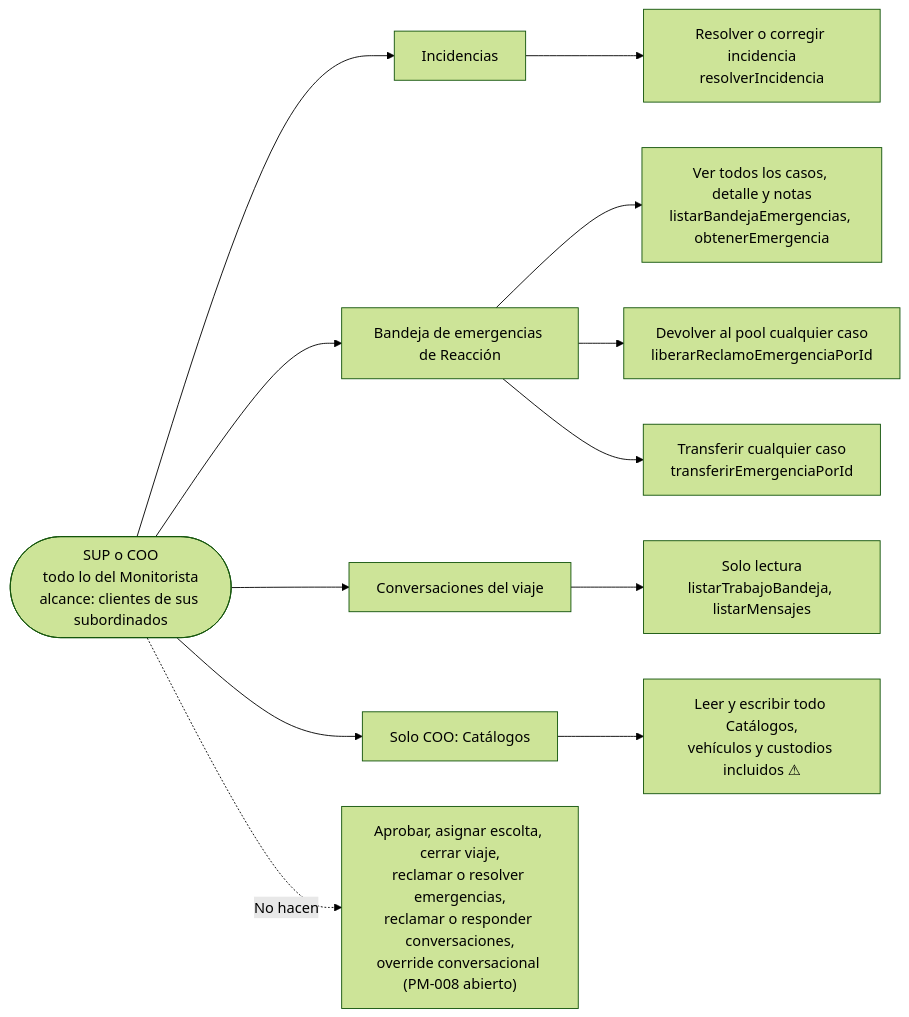
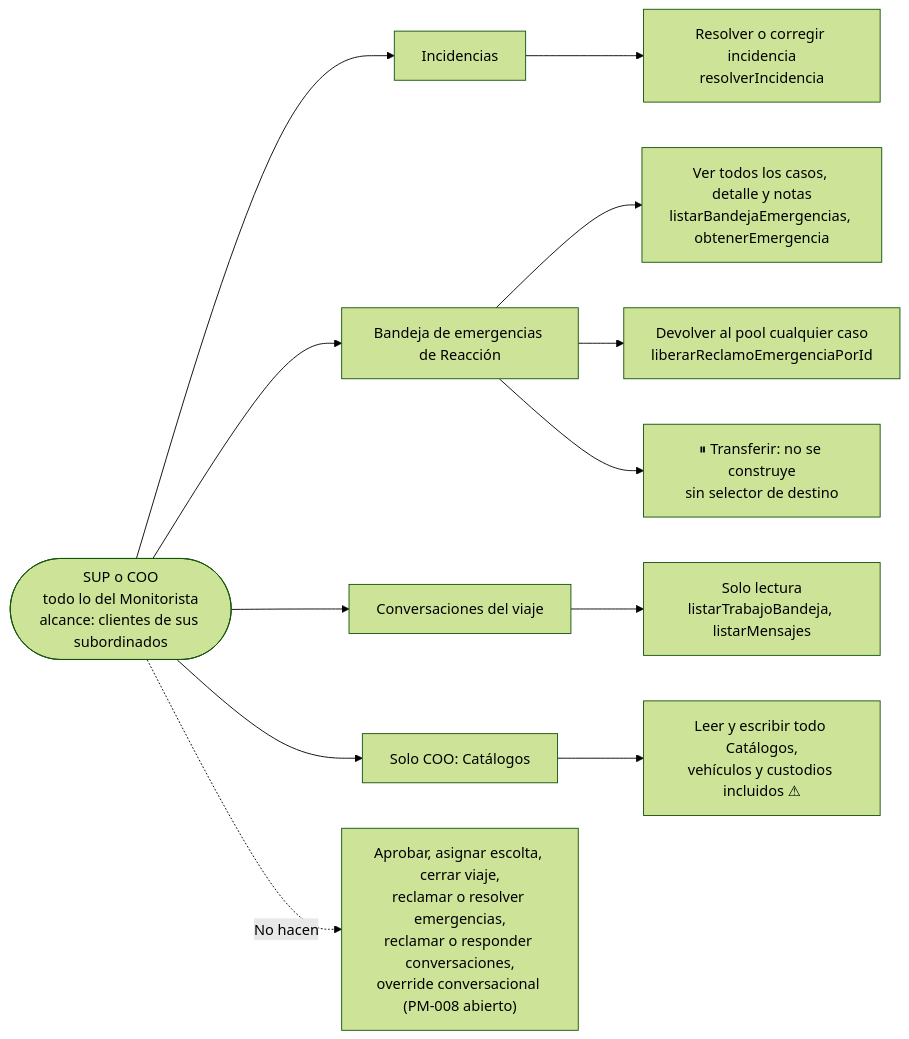
The third of 14 diagrams in .kiro/specs/afinacion-roles-modulo-a-modulo/DIAGRAMAS-ROLES.md (AI27-Tech/pf-web-frontend-internal), drawn with Mermaid (forest theme) before and after one commit. The commit also changed other lines of this file and 4 other files, not shown here.

````diff
--- a/.kiro/specs/afinacion-roles-modulo-a-modulo/DIAGRAMAS-ROLES.md
+++ b/.kiro/specs/afinacion-roles-modulo-a-modulo/DIAGRAMAS-ROLES.md
@@ -86,15 +86,15 @@
 ```mermaid
 flowchart LR
   SC(["SUP o COO<br/>todo lo del Monitorista<br/>alcance: clientes de sus subordinados"])
   SC --> I["Incidencias"]
   SC --> B["Bandeja de emergencias de Reacción"]
   SC --> CH["Conversaciones del viaje"]
   SC --> CT["Solo COO: Catálogos"]
   I --> I1["Resolver o corregir incidencia<br/>resolverIncidencia"]
   B --> B1["Ver todos los casos, detalle y notas<br/>listarBandejaEmergencias, obtenerEmergencia"]
   B --> B2["Devolver al pool cualquier caso<br/>liberarReclamoEmergenciaPorId"]
-  B --> B3["Transferir cualquier caso<br/>transferirEmergenciaPorId"]
+  B --> B3["⏸ Transferir: no se construye<br/>sin selector de destino"]
   CH --> CH1["Solo lectura<br/>listarTrabajoBandeja, listarMensajes"]
   CT --> CT1["Leer y escribir todo Catálogos,<br/>vehículos y custodios incluidos ⚠"]
   SC -. "No hacen" .-> N["Aprobar, asignar escolta, cerrar viaje,<br/>reclamar o resolver emergencias,<br/>reclamar o responder conversaciones,<br/>override conversacional (PM-008 abierto)"]
 ```
````
